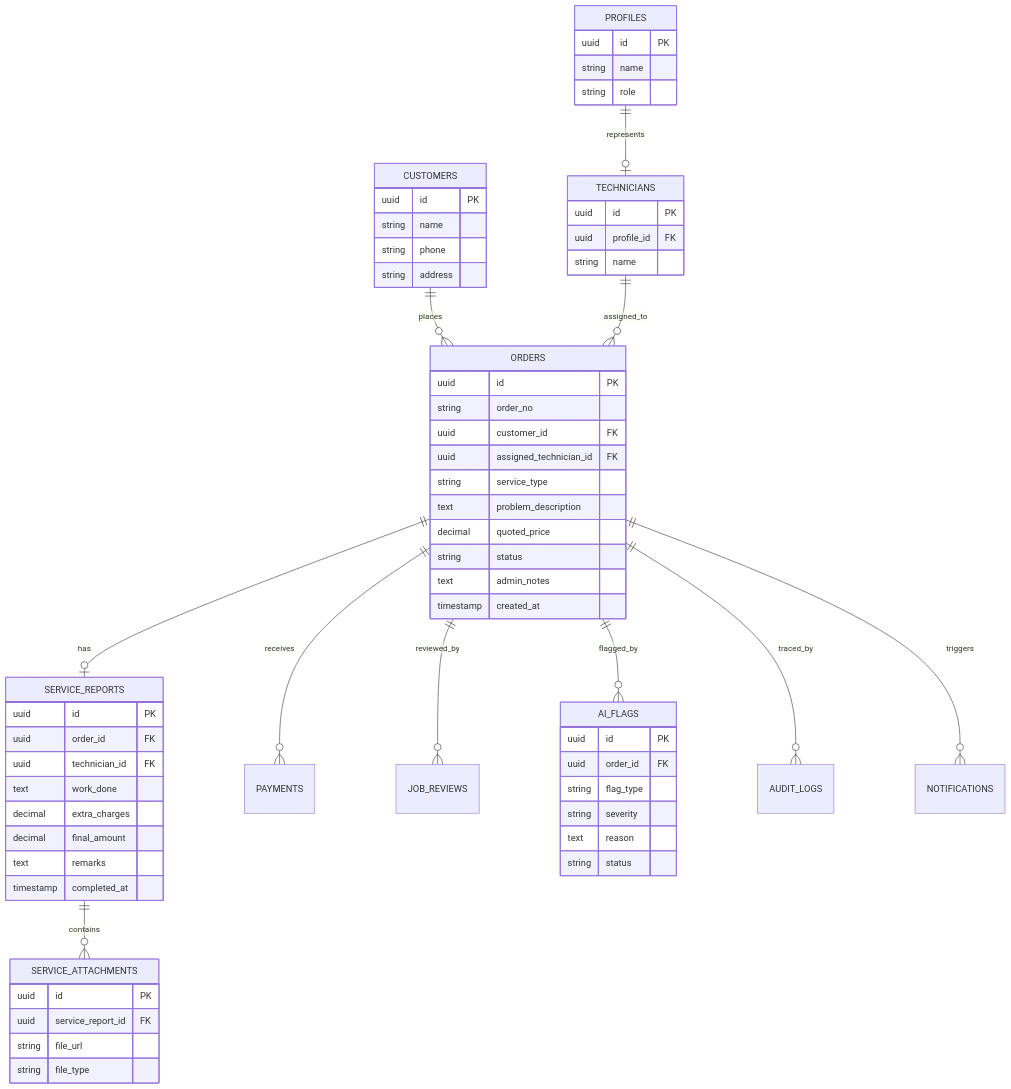
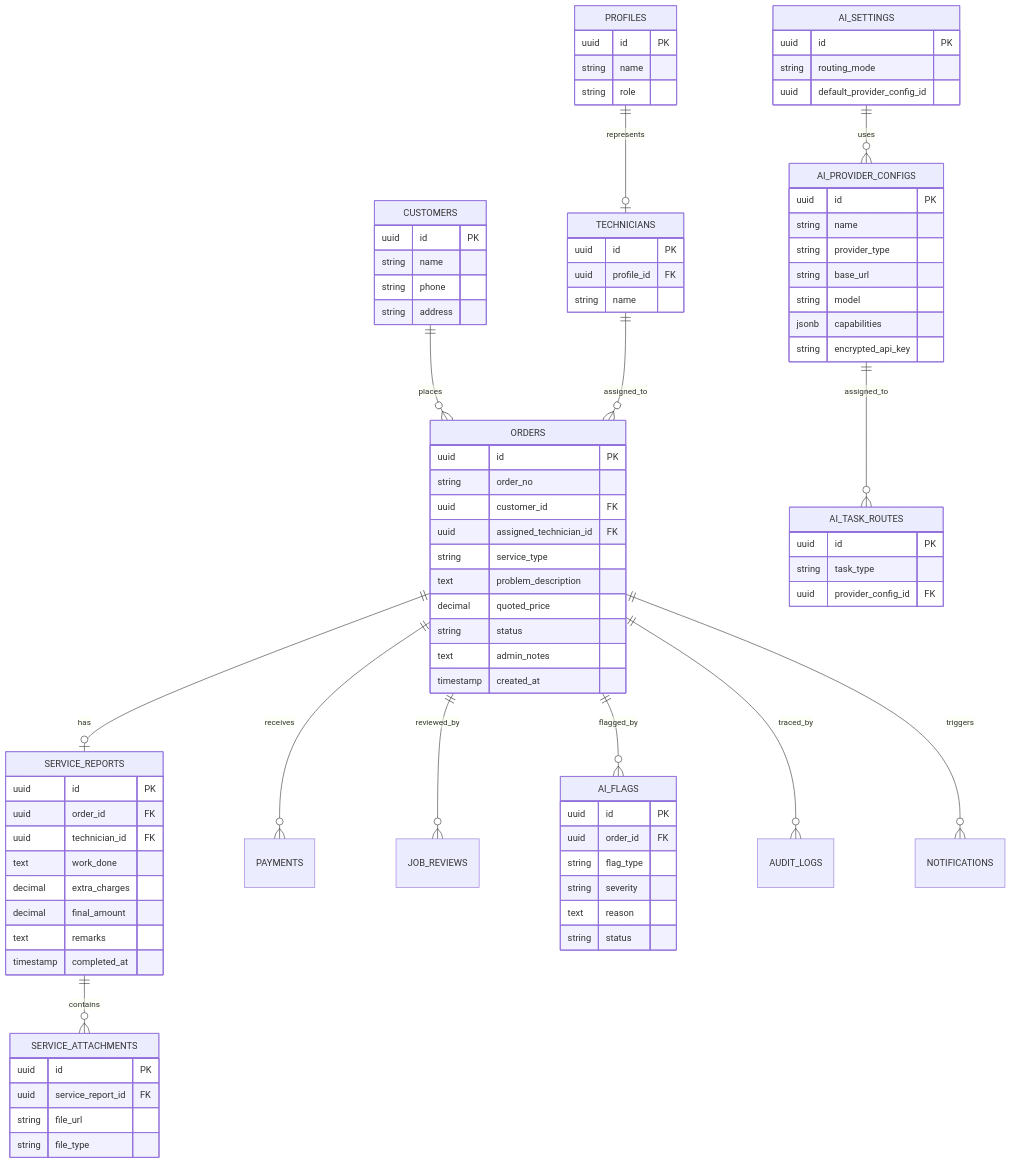
The ninth of 9 diagrams in README.md (wong001110/sejukops-assessment), drawn with Mermaid before and after one commit. The commit also changed other lines of this file, not shown here.

Commit message:
docs: refine portal and AI provider architecture

````diff
--- a/README.md
+++ b/README.md
@@ -277,6 +420,8 @@
     ORDERS ||--o{ AI_FLAGS : flagged_by
     ORDERS ||--o{ AUDIT_LOGS : traced_by
     ORDERS ||--o{ NOTIFICATIONS : triggers
+    AI_SETTINGS ||--o{ AI_PROVIDER_CONFIGS : uses
+    AI_PROVIDER_CONFIGS ||--o{ AI_TASK_ROUTES : assigned_to
 
     PROFILES {
         uuid id PK
@@ -330,4 +475,23 @@
         text reason
         string status
     }
+    AI_SETTINGS {
+        uuid id PK
+        string routing_mode
+        uuid default_provider_config_id
+    }
+    AI_PROVIDER_CONFIGS {
+        uuid id PK
+        string name
+        string provider_type
+        string base_url
+        string model
+        jsonb capabilities
+        string encrypted_api_key
+    }
+    AI_TASK_ROUTES {
+        uuid id PK
+        string task_type
+        uuid provider_config_id FK
+    }
 ```
````
